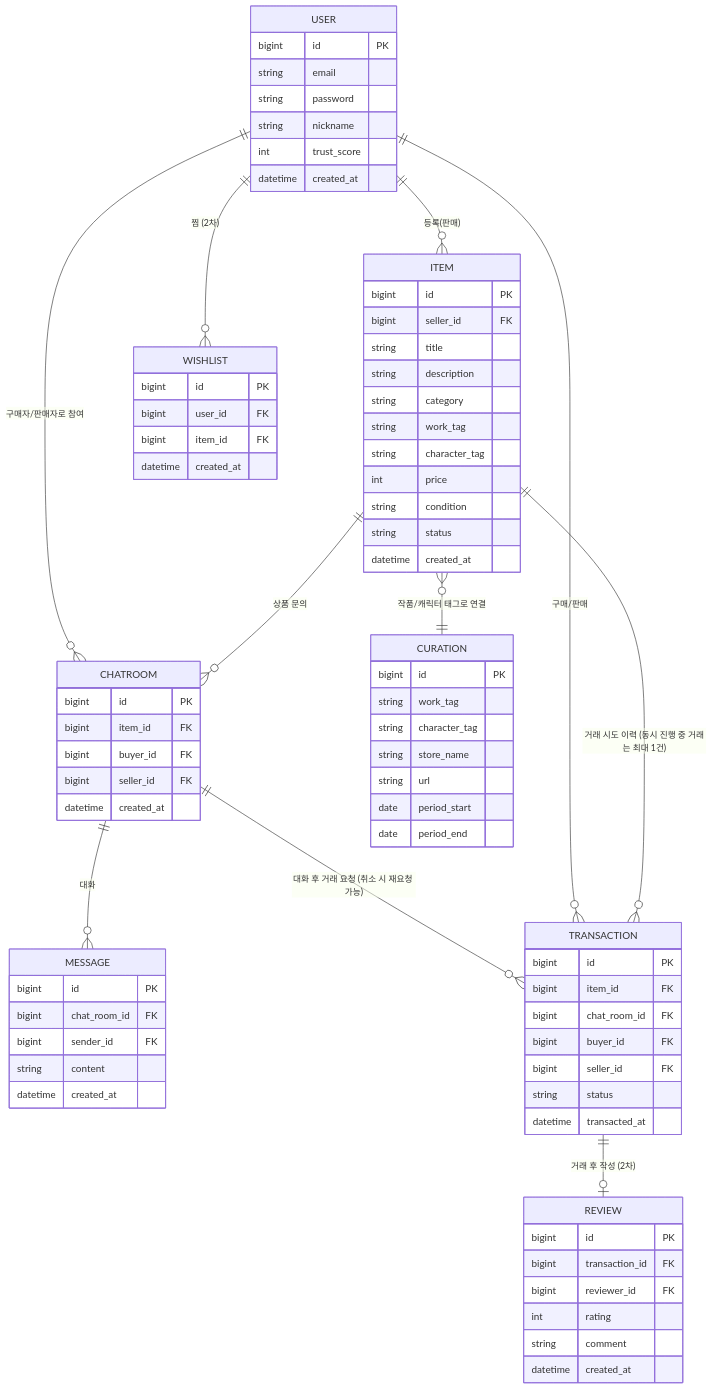
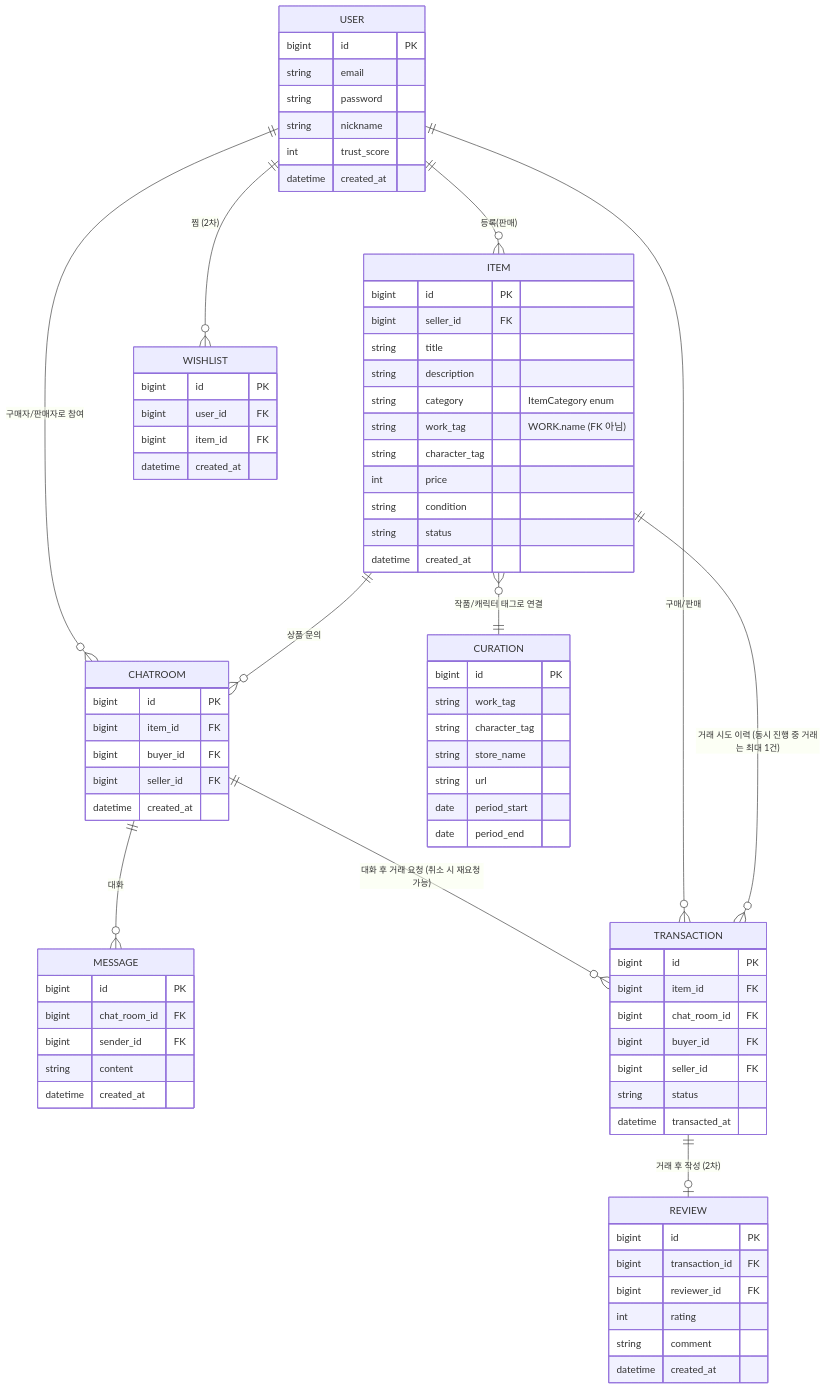
The second of 3 diagrams in 3_아키텍처및서비스흐름.md (oshi-market/oshi-market), drawn with Mermaid before and after one commit. The commit also changed other lines of this file and 27 other files, not shown here.

First line of the commit message:
feat(item): 카테고리 enum 전환 + 작품 마스터 테이블, 등록 화면 드롭다운

````diff
--- a/3_아키텍처및서비스흐름.md
+++ b/3_아키텍처및서비스흐름.md
@@ -52,81 +53,81 @@
 ```mermaid
 erDiagram
     USER ||--o{ ITEM : "등록(판매)"
     USER ||--o{ CHATROOM : "구매자/판매자로 참여"
     ITEM ||--o{ CHATROOM : "상품 문의"
     CHATROOM ||--o{ MESSAGE : "대화"
     CHATROOM ||--o{ TRANSACTION : "대화 후 거래 요청 (취소 시 재요청 가능)"
     USER ||--o{ TRANSACTION : "구매/판매"
     ITEM ||--o{ TRANSACTION : "거래 시도 이력 (동시 진행 중 거래는 최대 1건)"
     ITEM }o--|| CURATION : "작품/캐릭터 태그로 연결"
     TRANSACTION ||--o| REVIEW : "거래 후 작성 (2차)"
     USER ||--o{ WISHLIST : "찜 (2차)"
 
     USER {
         bigint id PK
         string email
         string password
         string nickname
         int trust_score
         datetime created_at
     }
     ITEM {
         bigint id PK
         bigint seller_id FK
         string title
         string description
-        string category
-        string work_tag
+        string category "ItemCategory enum"
+        string work_tag "WORK.name (FK 아님)"
         string character_tag
         int price
         string condition
         string status
         datetime created_at
     }
     CHATROOM {
         bigint id PK
         bigint item_id FK
         bigint buyer_id FK
         bigint seller_id FK
         datetime created_at
     }
     MESSAGE {
         bigint id PK
         bigint chat_room_id FK
         bigint sender_id FK
         string content
         datetime created_at
     }
     TRANSACTION {
         bigint id PK
         bigint item_id FK
         bigint chat_room_id FK
         bigint buyer_id FK
         bigint seller_id FK
         string status
         datetime transacted_at
     }
     CURATION {
         bigint id PK
         string work_tag
         string character_tag
         string store_name
         string url
         date period_start
         date period_end
     }
     REVIEW {
         bigint id PK
         bigint transaction_id FK
         bigint reviewer_id FK
         int rating
         string comment
         datetime created_at
     }
     WISHLIST {
         bigint id PK
         bigint user_id FK
         bigint item_id FK
         datetime created_at
     }
 ```
````
